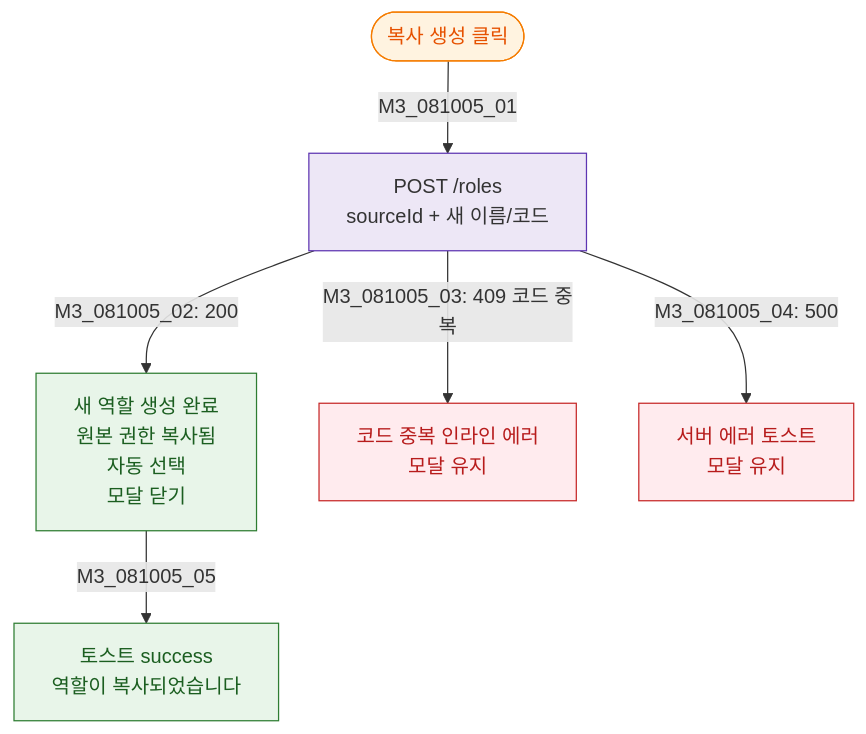
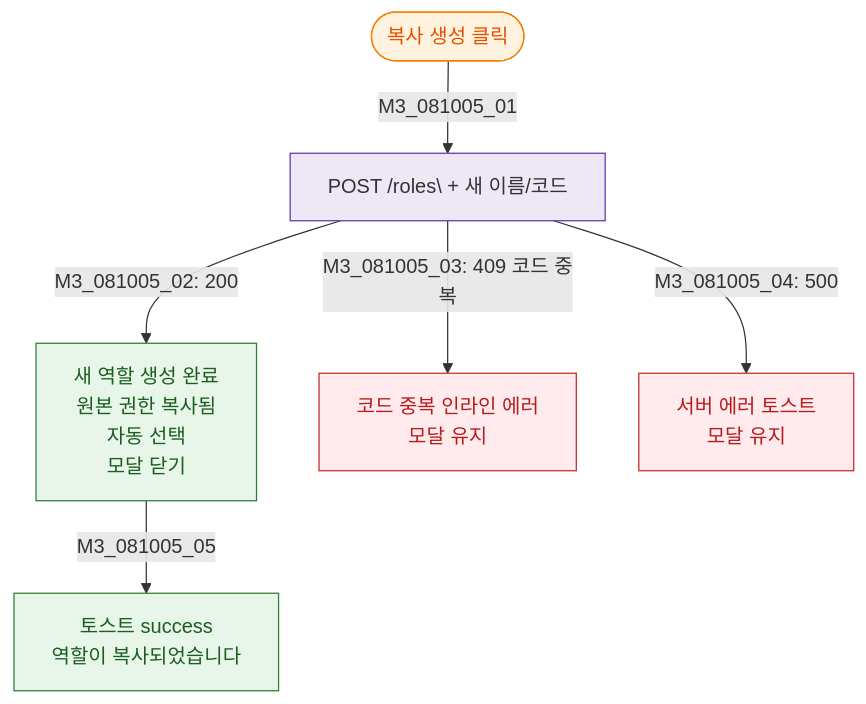
Before and after one commit to dev-spogym/admin-pando: the diagram in docs/다이어그램/D09_설정관리/DLG/DLG-081-005_역할복사/M3_결과분기.md, drawn with Mermaid. The commit also changed other lines of this file and 1660 other files, not shown here.

First line of the commit message:
다이어그램: 기획자/클라이언트 납품본으로 정리

````diff
--- a/docs/다이어그램/D09_설정관리/DLG/DLG-081-005_역할복사/M3_결과분기.md
+++ b/docs/다이어그램/D09_설정관리/DLG/DLG-081-005_역할복사/M3_결과분기.md
@@ -14,18 +12,18 @@
 ```mermaid
 flowchart TD
-    Action([복사 생성 클릭]) -->|M3_081005_01| ACT_Copy[POST /roles\nsourceId + 새 이름/코드]
-    ACT_Copy -->|"M3_081005_02: 200"| RoleCopied[새 역할 생성 완료\n원본 권한 복사됨\n자동 선택\n모달 닫기]
-    ACT_Copy -->|"M3_081005_03: 409 코드 중복"| E_Dup[코드 중복 인라인 에러\n모달 유지]
-    ACT_Copy -->|"M3_081005_04: 500"| E_Server[서버 에러 토스트\n모달 유지]
+    Action([복사 생성 클릭]) -->|M3_081005_01|ACT_Copy[POST /roles\ + 새 이름/코드]
+    ACT_Copy -->|"M3_081005_02: 200"|RoleCopied[새 역할 생성 완료\n원본 권한 복사됨\n자동 선택\n모달 닫기]
+    ACT_Copy -->|"M3_081005_03: 409 코드 중복"|E_Dup[코드 중복 인라인 에러\n모달 유지]
+    ACT_Copy -->|"M3_081005_04: 500"|E_Server[서버 에러 토스트\n모달 유지]
 
-    RoleCopied -->|M3_081005_05| T_CopyOK[토스트 success\n역할이 복사되었습니다]
+    RoleCopied -->|M3_081005_05|T_CopyOK[토스트 success\n역할이 복사되었습니다]
 
     classDef modal fill:#FFF3E0,stroke:#F57C00,color:#E65100
     classDef success fill:#E8F5E9,stroke:#2E7D32,color:#1B5E20
     classDef error fill:#FFEBEE,stroke:#C62828,color:#B71C1C
     classDef system fill:#EDE7F6,stroke:#5E35B2
     class Action modal
     class RoleCopied,T_CopyOK success
     class E_Dup,E_Server error
     class ACT_Copy system
 ```
````
